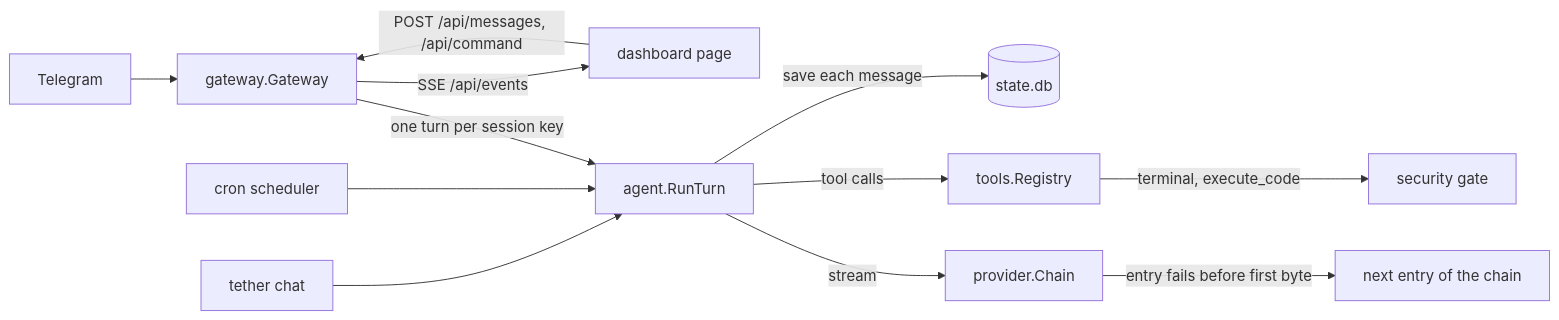
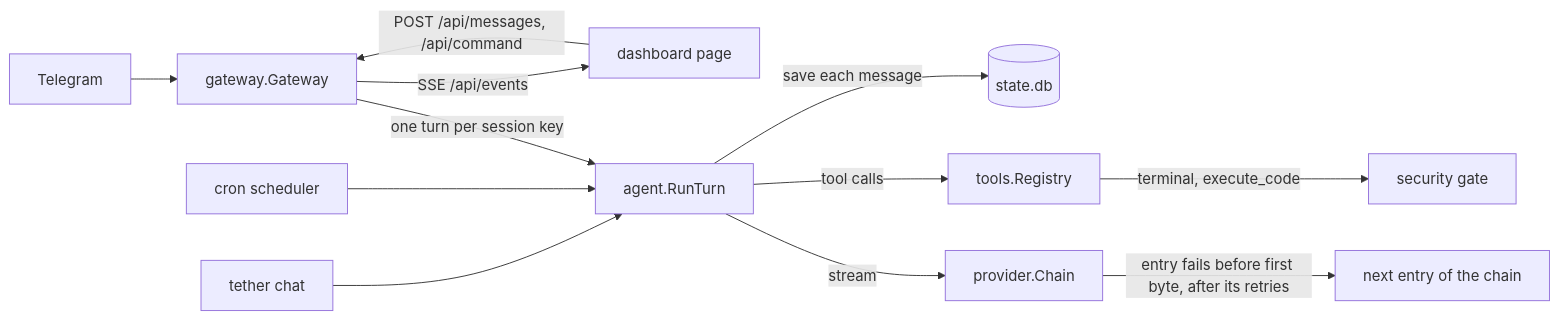
One commit to dnwandana/tether-agent changed the diagram in docs/wiki/How-It-Works.md. Above: the diagram before and after it, drawn with Mermaid. The commit also changed other lines of this file and 11 other files, not shown here.

````diff
--- a/docs/wiki/How-It-Works.md
+++ b/docs/wiki/How-It-Works.md
@@ -55,14 +55,14 @@
 ```mermaid
 flowchart LR
     TG[Telegram] --> GW[gateway.Gateway]
     CRON[cron scheduler] --> AG
     GW -->|one turn per session key| AG[agent.RunTurn]
     CLI[tether chat] --> AG
     DASH[dashboard page] -->|POST /api/messages, /api/command| GW
     GW -->|SSE /api/events| DASH
     AG -->|stream| PR[provider.Chain]
-    PR -->|entry fails before first byte| FB[next entry of the chain]
+    PR -->|entry fails before first byte, after its retries| FB[next entry of the chain]
     AG -->|tool calls| TR[tools.Registry]
     TR -->|terminal, execute_code| SG[security gate]
     AG -->|save each message| DB[(state.db)]
 ```
````
